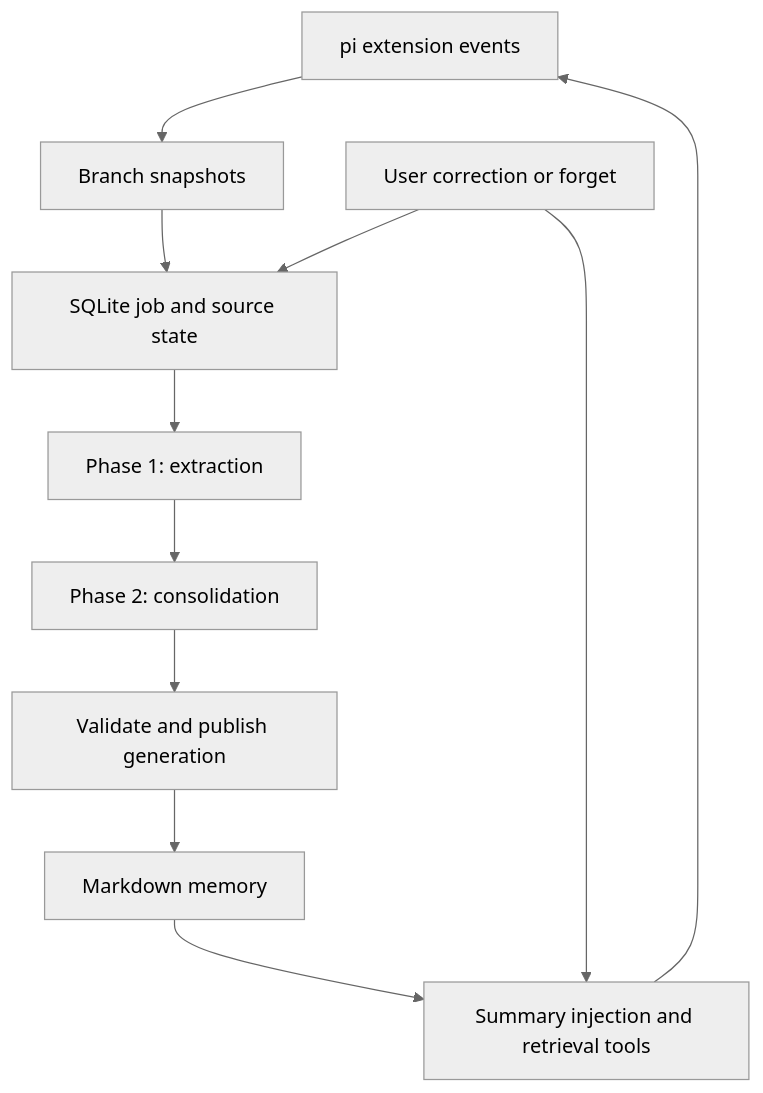
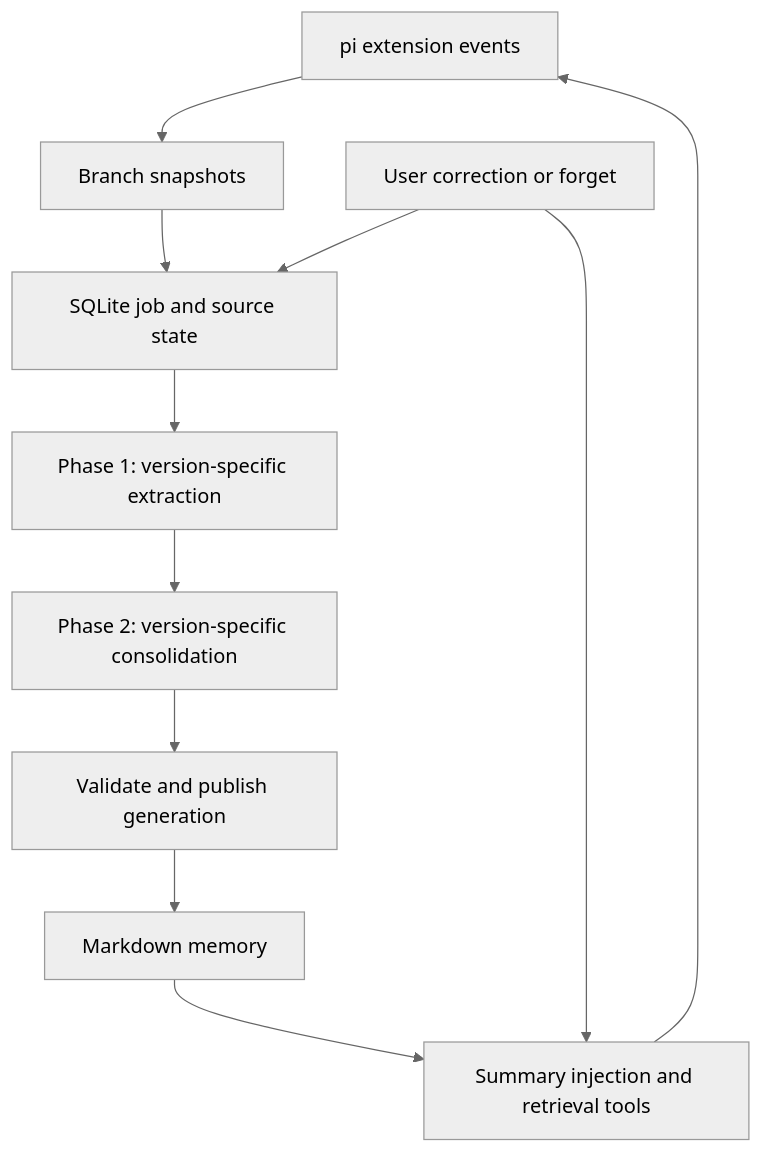
The diagram in docs/spec/pi-memory-spec-v0.1.0.md (proletariat64/pi-codex-mem), drawn with Mermaid (neutral theme) before and after one commit. The commit also changed other lines of this file, not shown here.

Commit message:
docs: specify complete v2 memory support and version switching

````diff
--- a/docs/spec/pi-memory-spec-v0.1.0.md
+++ b/docs/spec/pi-memory-spec-v0.1.0.md
@@ -102,13 +109,13 @@
 ```mermaid
 flowchart TD
     P["pi extension events"] --> S["Branch snapshots"]
     S --> D["SQLite job and source state"]
-    D --> E["Phase 1: extraction"]
-    E --> C["Phase 2: consolidation"]
+    D --> E["Phase 1: version-specific extraction"]
+    E --> C["Phase 2: version-specific consolidation"]
     C --> V["Validate and publish generation"]
     V --> M["Markdown memory"]
     M --> I["Summary injection and retrieval tools"]
     I --> P
     N["User correction or forget"] --> D
     N --> I
 ```
````
